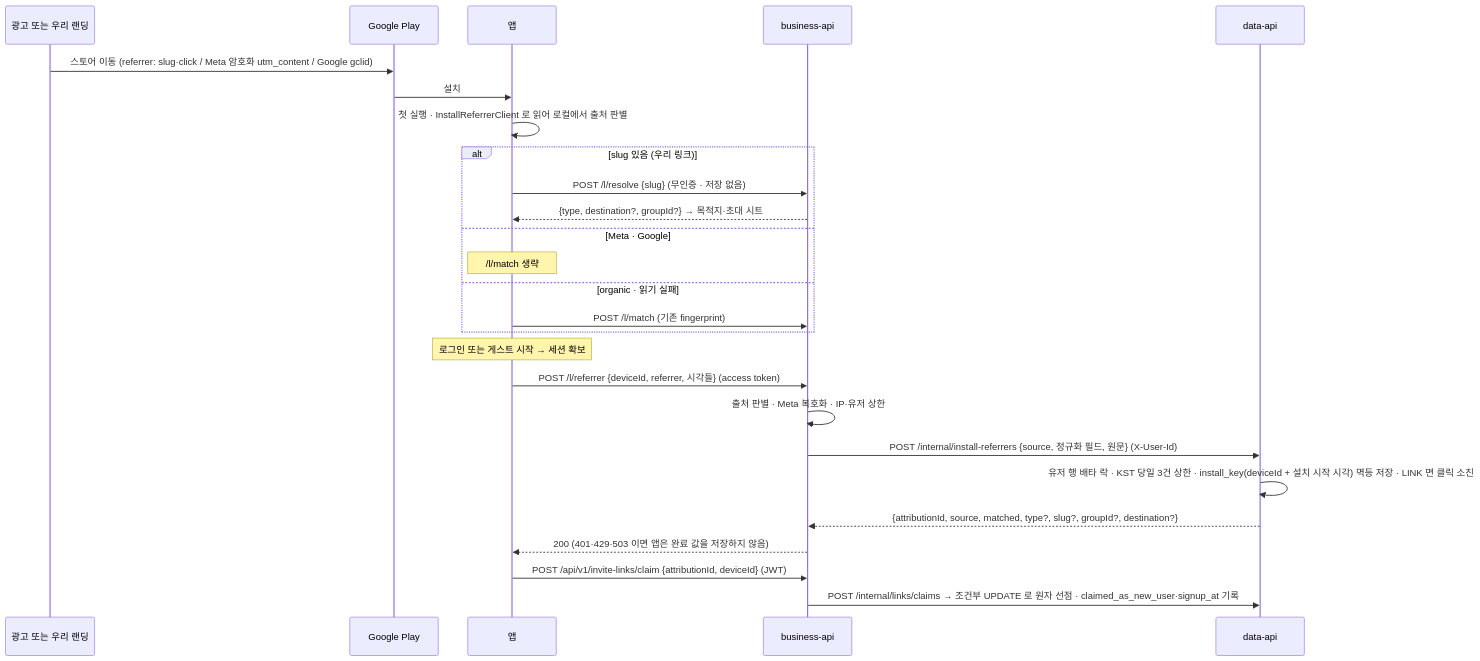
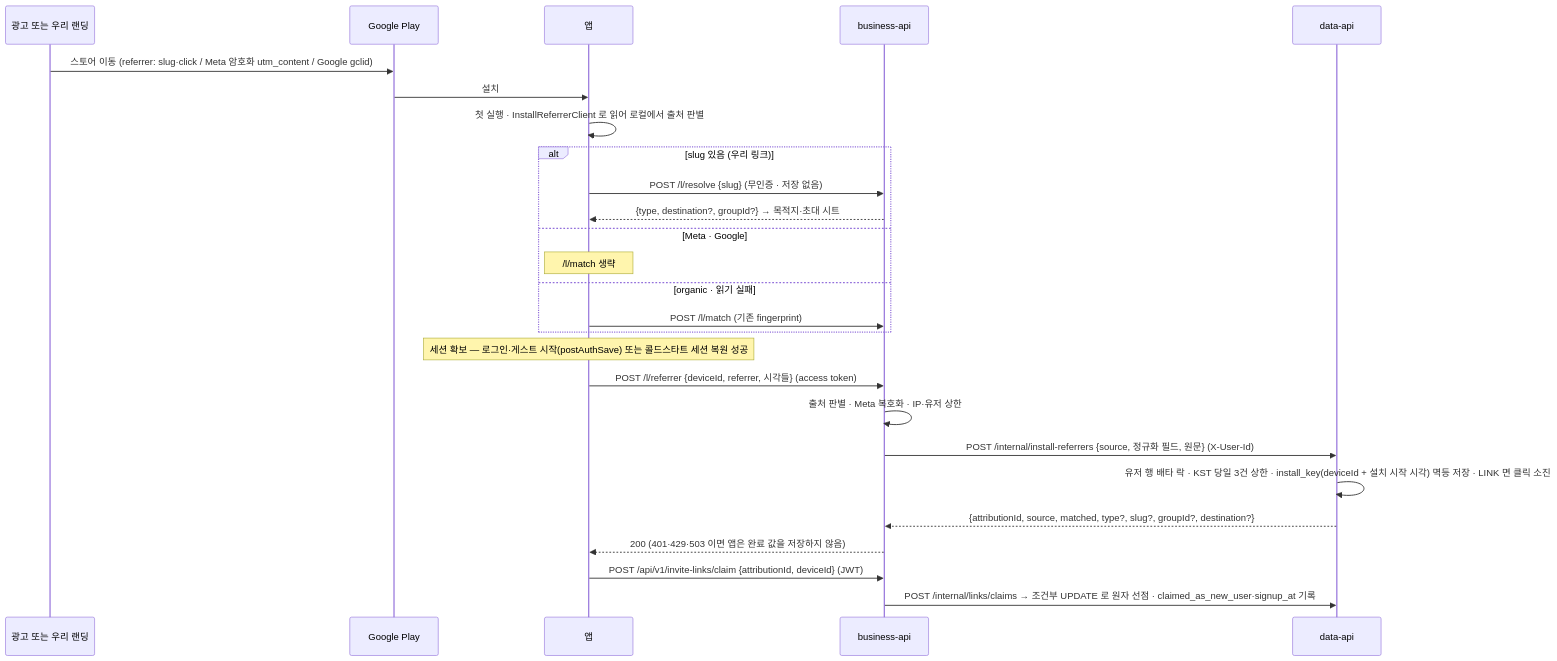
One commit to OneOrThree/phone changed the third of 4 diagrams in docs/prd/link-attribution/high-level-design.md. Above: the diagram before and after it, drawn with Mermaid. The commit also changed other lines of this file and 2 other files, not shown here.

Commit message:
[CHORE] GROMO-1799 claude 3라운드 반영 — 세션 복원 경로의 referrer 보고
- /l/referrer 저장 트리거를 둘로: postAuthSave 안(claim 전)과 콜드스타트 세션 복원 성공 직후
- Auto Backup 이 세션·onboardingComplete 까지 복원하면 재설치 앱이 로그인 화면을 건너뛰어 postAuthSave 가 불리지 않는다
- 두 지점 모두 보고한 설치 시작 시각과 다를 때만 전송, 오프라인 복원에서는 보내지 않음
- 앱 티켓 테스트 행 추가

````diff
--- a/docs/prd/link-attribution/high-level-design.md
+++ b/docs/prd/link-attribution/high-level-design.md
@@ -90,28 +90,28 @@
 ```mermaid
 sequenceDiagram
   participant Src as 광고 또는 우리 랜딩
   participant P as Google Play
   participant A as 앱
   participant B as business-api
   participant D as data-api
   Src->>P: 스토어 이동 (referrer: slug·click / Meta 암호화 utm_content / Google gclid)
   P->>A: 설치
   A->>A: 첫 실행 · InstallReferrerClient 로 읽어 로컬에서 출처 판별
   alt slug 있음 (우리 링크)
     A->>B: POST /l/resolve {slug} (무인증 · 저장 없음)
     B-->>A: {type, destination?, groupId?} → 목적지·초대 시트
   else Meta · Google
     Note over A: /l/match 생략
   else organic · 읽기 실패
     A->>B: POST /l/match (기존 fingerprint)
   end
-  Note over A: 로그인 또는 게스트 시작 → 세션 확보
+  Note over A: 세션 확보 — 로그인·게스트 시작(postAuthSave) 또는 콜드스타트 세션 복원 성공
   A->>B: POST /l/referrer {deviceId, referrer, 시각들} (access token)
   B->>B: 출처 판별 · Meta 복호화 · IP·유저 상한
   B->>D: POST /internal/install-referrers {source, 정규화 필드, 원문} (X-User-Id)
   D->>D: 유저 행 배타 락 · KST 당일 3건 상한 · install_key(deviceId + 설치 시작 시각) 멱등 저장 · LINK 면 클릭 소진
   D-->>B: {attributionId, source, matched, type?, slug?, groupId?, destination?}
   B-->>A: 200 (401·429·503 이면 앱은 완료 값을 저장하지 않음)
   A->>B: POST /api/v1/invite-links/claim {attributionId, deviceId} (JWT)
   B->>D: POST /internal/links/claims → 조건부 UPDATE 로 원자 선점 · claimed_as_new_user·signup_at 기록
 ```
````
